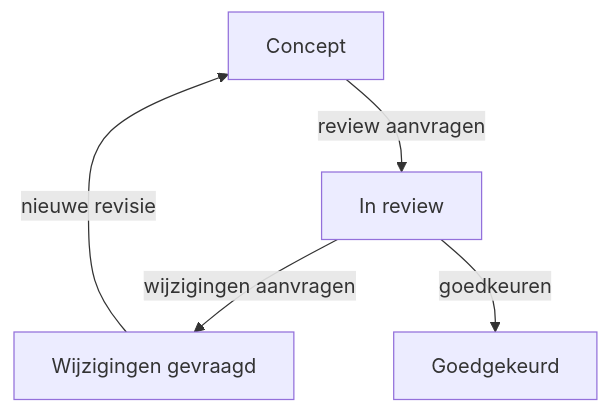
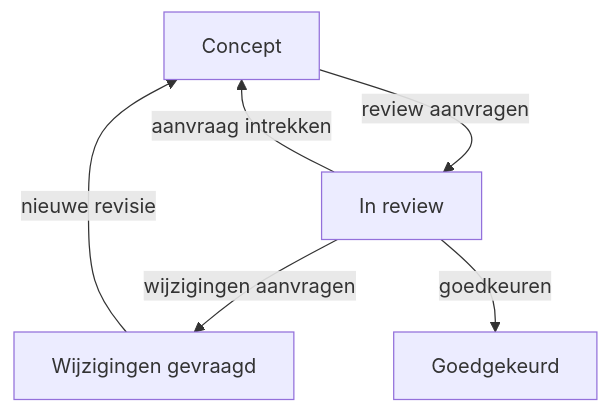
Before and after one commit to jeffryroest/spaanssprekenaanpassingen: the diagram in docs/content-studio-review-workflow.md, drawn with Mermaid. The commit also changed other lines of this file and 64 other files, not shown here.

````diff
--- a/docs/content-studio-review-workflow.md
+++ b/docs/content-studio-review-workflow.md
@@ -17,7 +19,8 @@
 ```mermaid
 flowchart TD
     A[Concept] -->|review aanvragen| B[In review]
+    B -->|aanvraag intrekken| A
     C[Wijzigingen gevraagd] -->|nieuwe revisie| A
     B -->|wijzigingen aanvragen| C
     B -->|goedkeuren| D[Goedgekeurd]
 ```
````
